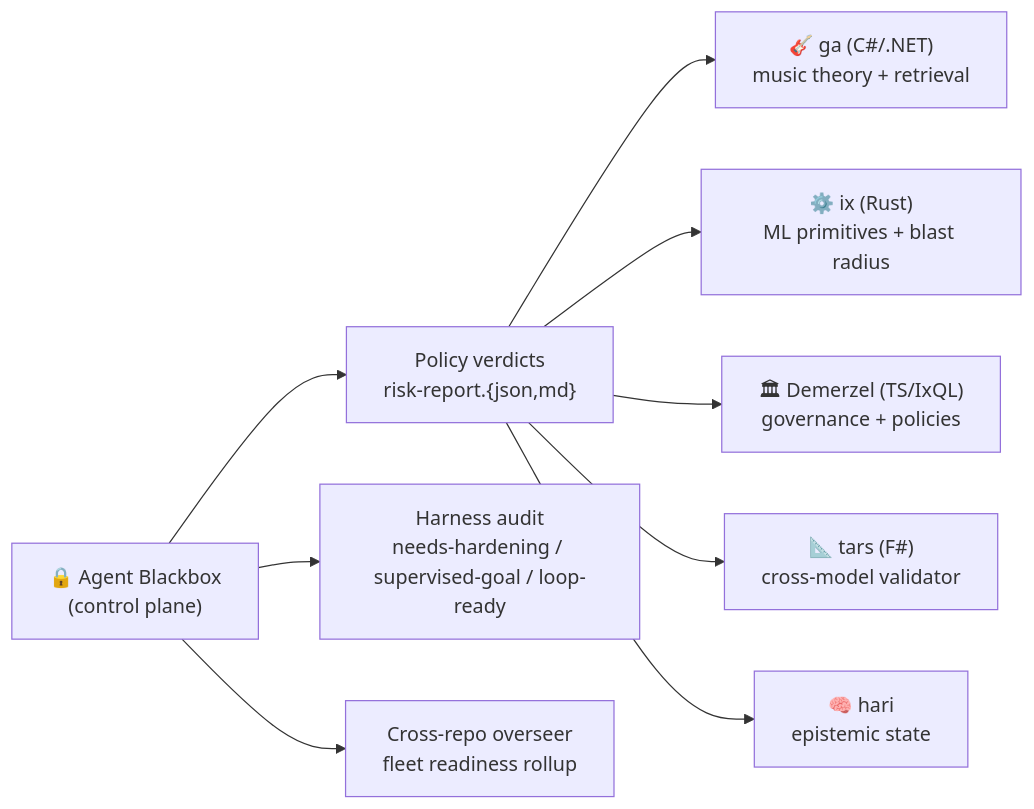
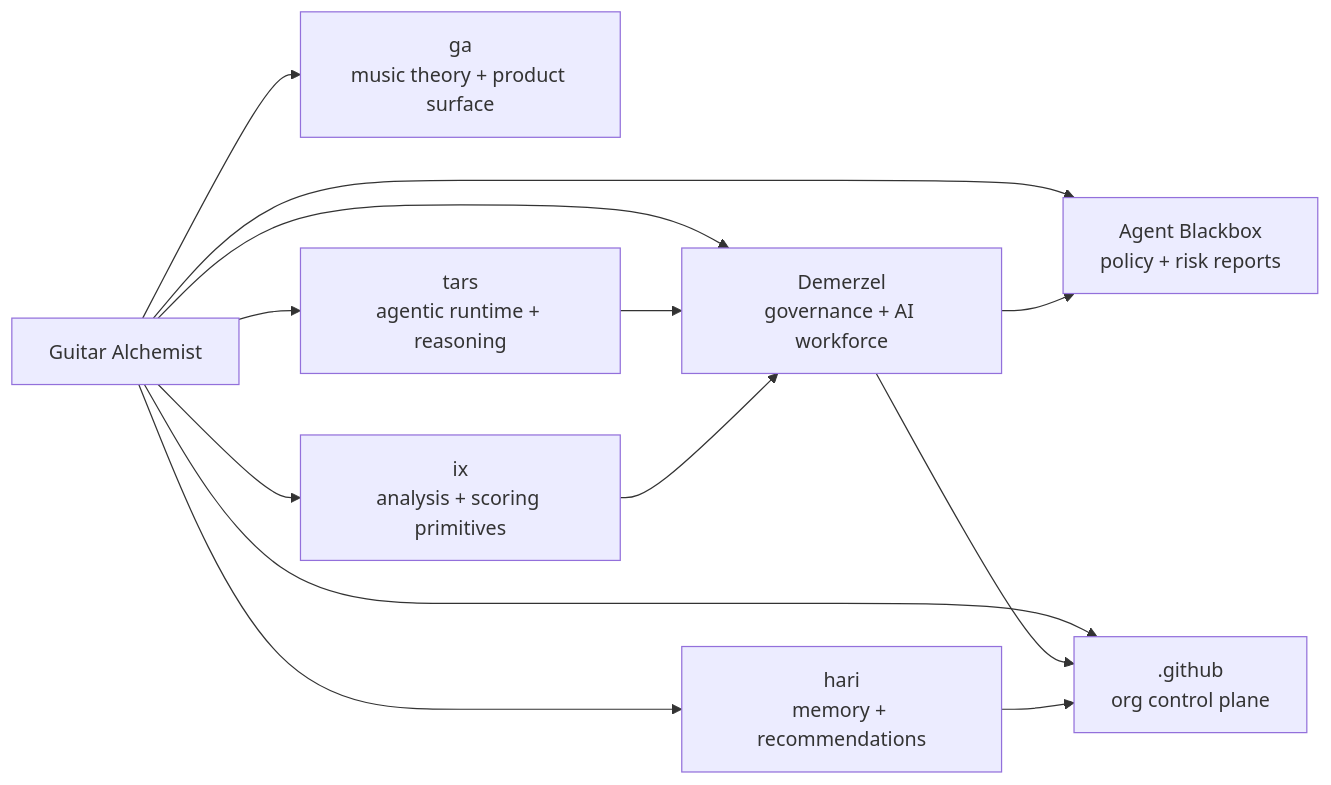
One commit to GuitarAlchemist/.github changed the diagram in profile/README.md. Above: the diagram before and after it, drawn with Mermaid. The commit also changed other lines of this file, not shown here.

````diff
--- a/profile/README.md
+++ b/profile/README.md
@@ -51,19 +99,26 @@
 ```mermaid
 graph LR
-    AB["🔒 Agent Blackbox<br/>(control plane)"]
-    AB --> POLICY["Policy verdicts<br/>risk-report.{json,md}"]
-    AB --> HARNESS["Harness audit<br/>needs-hardening / supervised-goal / loop-ready"]
-    AB --> OVERSEER["Cross-repo overseer<br/>fleet readiness rollup"]
+    ORG["Guitar Alchemist"]
 
-    POLICY --> GA["🎸 ga (C#/.NET)<br/>music theory + retrieval"]
-    POLICY --> IX["⚙️ ix (Rust)<br/>ML primitives + blast radius"]
-    POLICY --> DEM["🏛 Demerzel (TS/IxQL)<br/>governance + policies"]
-    POLICY --> TARS["📐 tars (F#)<br/>cross-model validator"]
-    POLICY --> HARI["🧠 hari<br/>epistemic state"]
+    ORG --> GA["ga<br/>music theory + product surface"]
+    ORG --> DEM["Demerzel<br/>governance + AI workforce"]
+    ORG --> AB["Agent Blackbox<br/>policy + risk reports"]
+    ORG --> TARS["tars<br/>agentic runtime + reasoning"]
+    ORG --> IX["ix<br/>analysis + scoring primitives"]
+    ORG --> HARI["hari<br/>memory + recommendations"]
+    ORG --> DOT[".github<br/>org control plane"]
+
+    DEM --> AB
+    DEM --> DOT
+    TARS --> DEM
+    IX --> DEM
+    HARI --> DOT
 
     click GA "https://github.com/GuitarAlchemist/ga" _blank
+    click DEM "https://github.com/GuitarAlchemist/Demerzel" _blank
+    click AB "https://github.com/GuitarAlchemist/agent-blackbox" _blank
+    click TARS "https://github.com/GuitarAlchemist/tars" _blank
     click IX "https://github.com/GuitarAlchemist/ix" _blank
-    click DEM "https://github.com/GuitarAlchemist/Demerzel" _blank
-    click TARS "https://github.com/GuitarAlchemist/tars" _blank
     click HARI "https://github.com/GuitarAlchemist/hari" _blank
+    click DOT "https://github.com/GuitarAlchemist/.github" _blank
 ```
````
